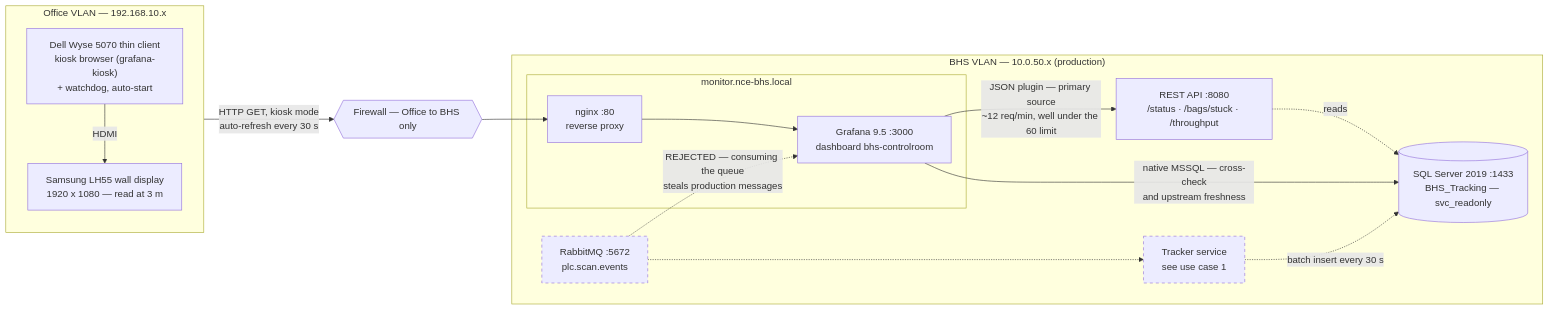
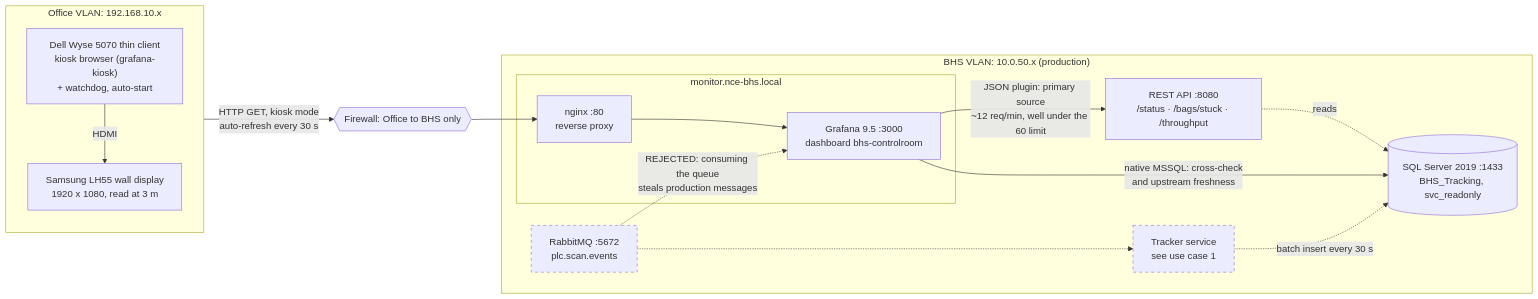
Before and after one commit to Resadan-dev/candidature-dany-vanmuylder: the diagram in use-case-2-dashboard/solution/diagrams/01-data-flow.md, drawn with Mermaid. The commit also changed other lines of this file and 8 other files, not shown here.

````diff
--- a/use-case-2-dashboard/solution/diagrams/01-data-flow.md
+++ b/use-case-2-dashboard/solution/diagrams/01-data-flow.md
@@ -3,36 +3,36 @@
 ```mermaid
 flowchart LR
-    subgraph OFFICE["Office VLAN — 192.168.10.x"]
+    subgraph OFFICE["Office VLAN: 192.168.10.x"]
         direction TB
         WYSE["Dell Wyse 5070 thin client<br/>kiosk browser (grafana-kiosk)<br/>+ watchdog, auto-start"]
-        TV["Samsung LH55 wall display<br/>1920 x 1080 — read at 3 m"]
+        TV["Samsung LH55 wall display<br/>1920 x 1080, read at 3 m"]
         WYSE -->|HDMI| TV
     end
 
-    FW{{"Firewall — Office to BHS only"}}
+    FW{{"Firewall: Office to BHS only"}}
 
-    subgraph BHS["BHS VLAN — 10.0.50.x (production)"]
+    subgraph BHS["BHS VLAN: 10.0.50.x (production)"]
         subgraph MONITOR["monitor.nce-bhs.local"]
             NGINX["nginx :80<br/>reverse proxy"]
             GRAFANA["Grafana 9.5 :3000<br/>dashboard bhs-controlroom"]
             NGINX --> GRAFANA
         end
         API["REST API :8080<br/>/status · /bags/stuck · /throughput"]
-        SQL[("SQL Server 2019 :1433<br/>BHS_Tracking — svc_readonly")]
+        SQL[("SQL Server 2019 :1433<br/>BHS_Tracking, svc_readonly")]
         TRACKER["Tracker service<br/>see use case 1"]
         MQ["RabbitMQ :5672<br/>plc.scan.events"]
     end
 
     WYSE -->|"HTTP GET, kiosk mode<br/>auto-refresh every 30 s"| FW
     FW --> NGINX
-    GRAFANA -->|"JSON plugin — primary source<br/>~12 req/min, well under the 60 limit"| API
-    GRAFANA -->|"native MSSQL — cross-check<br/>and upstream freshness"| SQL
+    GRAFANA -->|"JSON plugin: primary source<br/>~12 req/min, well under the 60 limit"| API
+    GRAFANA -->|"native MSSQL: cross-check<br/>and upstream freshness"| SQL
     MQ -.-> TRACKER
     TRACKER -.->|"batch insert every 30 s"| SQL
     API -.->|reads| SQL
 
-    MQ -.->|"REJECTED — consuming the queue<br/>steals production messages"| GRAFANA
+    MQ -.->|"REJECTED: consuming the queue<br/>steals production messages"| GRAFANA
 
     classDef outofscope stroke-dasharray: 5 5
     class MQ,TRACKER outofscope
 ```
````
